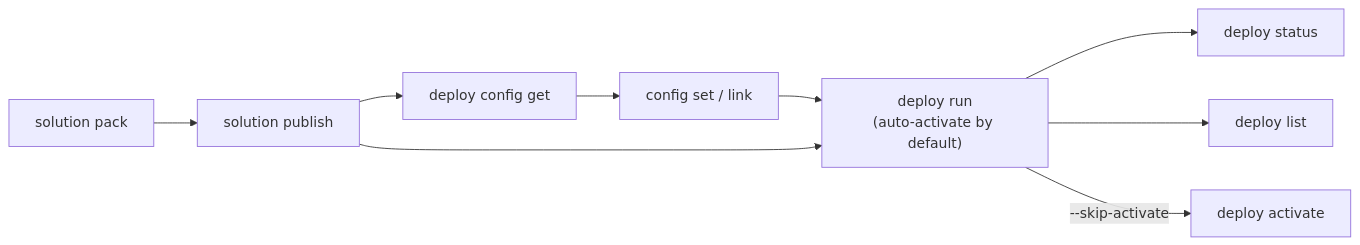
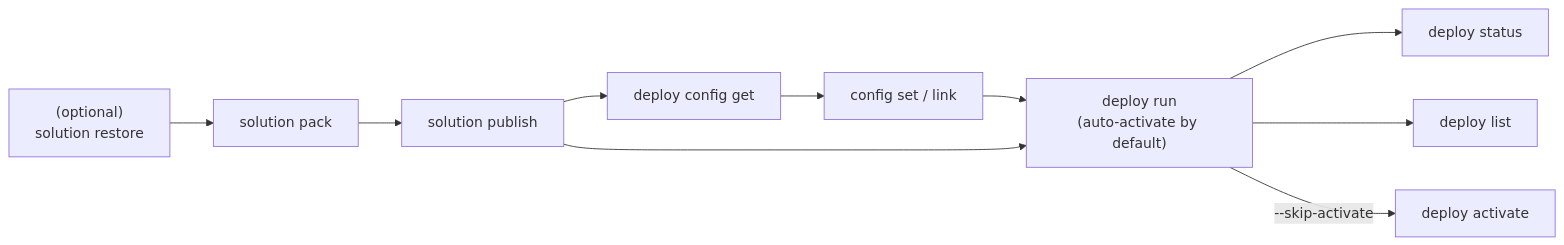
One commit to UiPath/skills changed the diagram in skills/uipath-solution/references/pack-and-deploy.md. Above: the diagram before and after it, drawn with Mermaid. The commit also changed other lines of this file and 4 other files, not shown here.

First line of the commit message:
docs(solution): document uip solution restore command

````diff
--- a/skills/uipath-solution/references/pack-and-deploy.md
+++ b/skills/uipath-solution/references/pack-and-deploy.md
@@ -21,11 +21,12 @@
 ```mermaid
 graph LR
-    A[solution pack] --> B[solution publish]
+    R["(optional)<br/>solution restore"] --> A[solution pack]
+    A --> B[solution publish]
     B --> C[deploy config get]
     C --> D[config set / link]
     D --> E["deploy run<br/>(auto-activate by default)"]
     B --> E
     E --> F[deploy status]
     E --> G[deploy list]
     E -->|--skip-activate| H[deploy activate]
 ```
````
